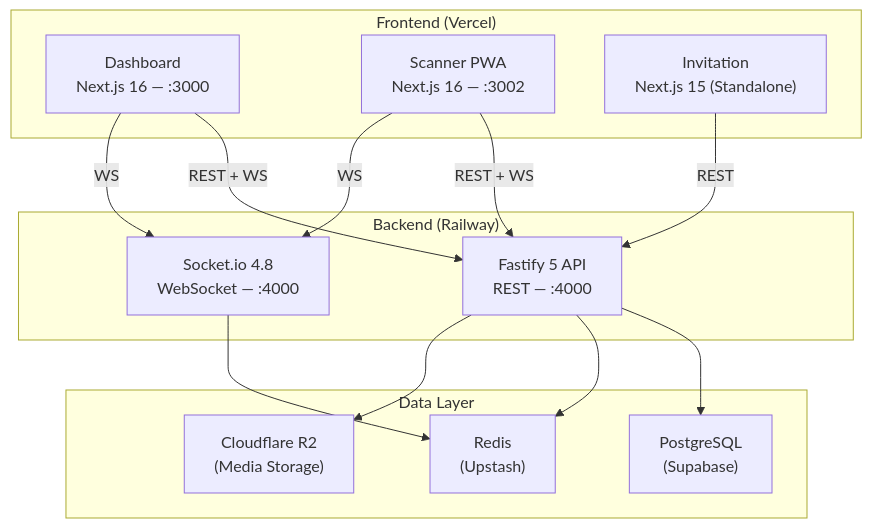
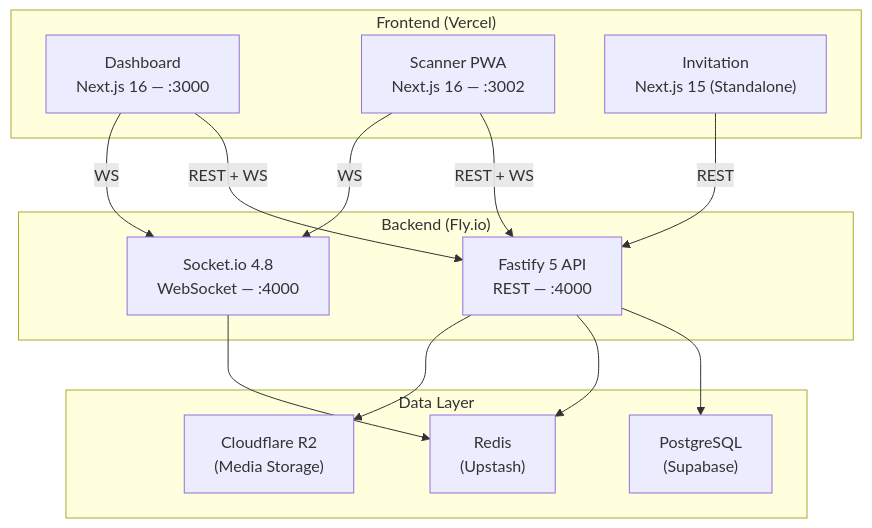
Before and after one commit to maru-story/wedding-ecosystem: the first of 9 diagrams in .agents/summary/architecture.md, drawn with Mermaid. The commit also changed other lines of this file and 12 other files, not shown here.

Commit message:
chore(deploy): migrate deploy workflows, configurations, and documentation from Railway to Fly.io

````diff
--- a/.agents/summary/architecture.md
+++ b/.agents/summary/architecture.md
@@ -5,30 +5,30 @@
 ```mermaid
 graph TB
     subgraph "Frontend (Vercel)"
         Dashboard["Dashboard<br/>Next.js 16 — :3000"]
         Scanner["Scanner PWA<br/>Next.js 16 — :3002"]
         Invitation["Invitation<br/>Next.js 15 (Standalone)"]
     end
 
-    subgraph "Backend (Railway)"
+    subgraph "Backend (Fly.io)"
         API["Fastify 5 API<br/>REST — :4000"]
         WS["Socket.io 4.8<br/>WebSocket — :4000"]
     end
 
     subgraph "Data Layer"
         PG["PostgreSQL<br/>(Supabase)"]
         Redis["Redis<br/>(Upstash)"]
         R2["Cloudflare R2<br/>(Media Storage)"]
     end
 
     Dashboard -->|REST + WS| API
     Dashboard -->|WS| WS
     Invitation -->|REST| API
     Scanner -->|REST + WS| API
     Scanner -->|WS| WS
 
     API --> PG
     API --> Redis
     API --> R2
     WS --> Redis
 ```
````
